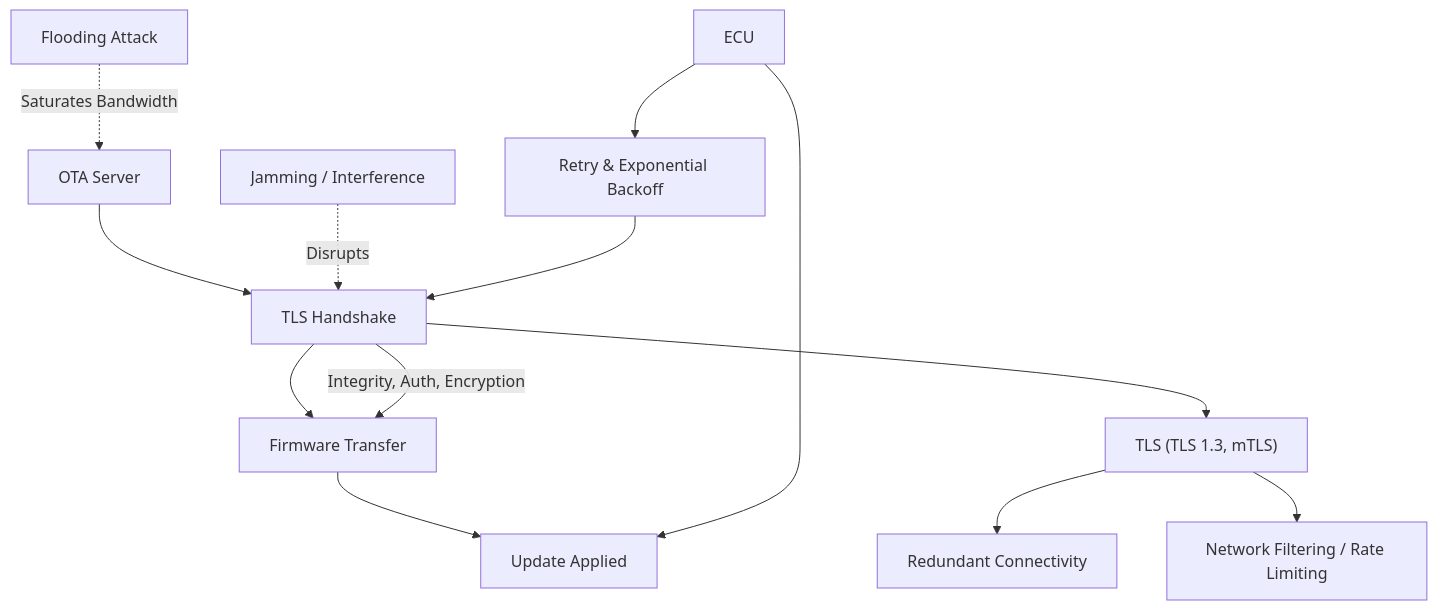
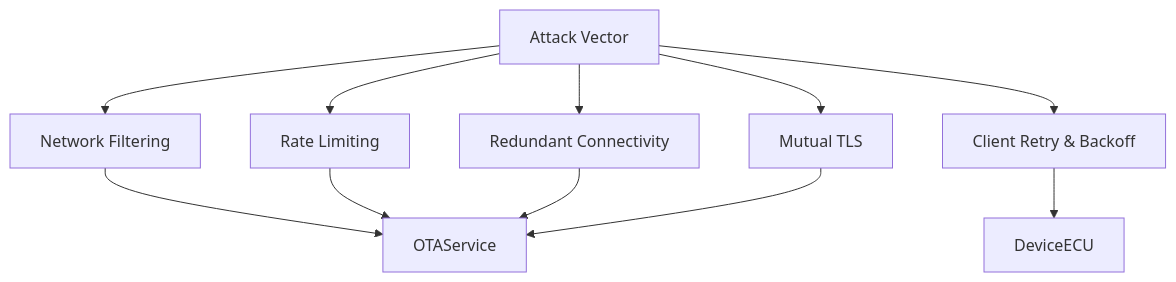
One commit to CagriCatik/Clarion changed the third of 3 diagrams in outputs/02_protection-dos_doc.md. Above: the diagram before and after it, drawn with Mermaid. The commit also changed other lines of this file and 11 other files, not shown here.

Commit message:
bugfix: app.tsx robust mermaid rendering

````diff
--- a/outputs/02_protection-dos_doc.md
+++ b/outputs/02_protection-dos_doc.md
@@ -40,29 +54,13 @@
 ```mermaid
 graph TD
-    cloudServer["OTA Server"]
-    ecu["ECU"]
-    tlsHandshake["TLS Handshake"]
-    firmwareTransfer["Firmware Transfer"]
-    updateApplied["Update Applied"]
-    jamming["Jamming / Interference"]
-    flooding["Flooding Attack"]
-    tlsProtection["TLS (TLS 1.3, mTLS)"]
-    redundancy["Redundant Connectivity"]
-    retryBackoff["Retry & Exponential Backoff"]
-    networkFilter["Network Filtering / Rate Limiting"]
-
-    cloudServer --> tlsHandshake
-    tlsHandshake --> firmwareTransfer
-    firmwareTransfer --> updateApplied
-    ecu --> updateApplied
-
-    jamming -. "Disrupts" .-> tlsHandshake
-    flooding -. "Saturates Bandwidth" .-> cloudServer
-
-    tlsHandshake -- "Integrity, Auth, Encryption" --> firmwareTransfer
-    tlsHandshake --> tlsProtection
-    tlsProtection --> redundancy
-    tlsProtection --> networkFilter
-    ecu --> retryBackoff
-    retryBackoff --> tlsHandshake
+    AttackVector["Attack Vector"] --> NetworkFilter["Network Filtering"]
+    AttackVector --> RateLimiter["Rate Limiting"]
+    AttackVector --> RedundantPath["Redundant Connectivity"]
+    AttackVector --> MutualTLS["Mutual TLS"]
+    AttackVector --> ClientBackoff["Client Retry & Backoff"]
+    NetworkFilter --> OTAService
+    RateLimiter --> OTAService
+    RedundantPath --> OTAService
+    MutualTLS --> OTAService
+    ClientBackoff --> DeviceECU
 ```
````
